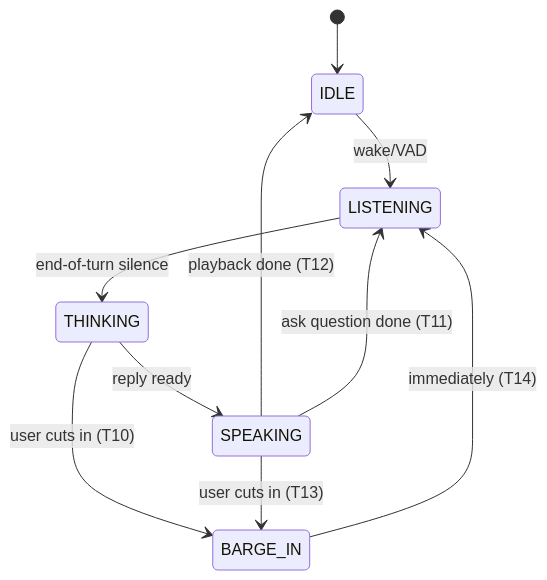
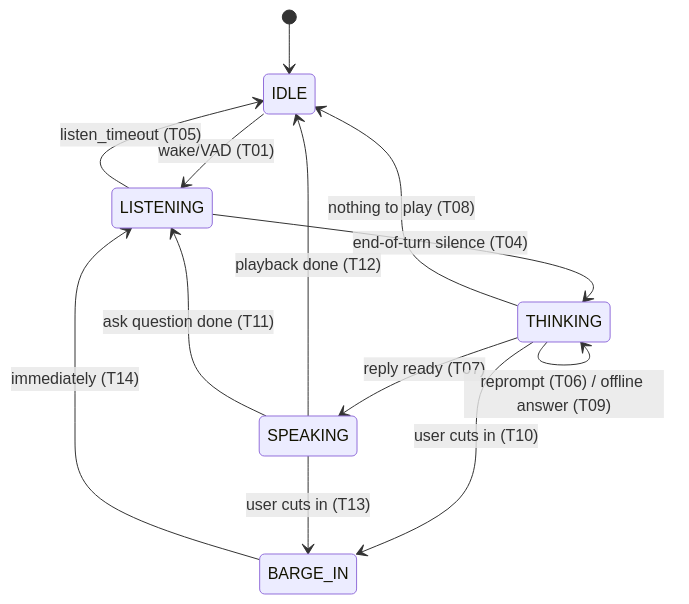
One commit to letrongminh/neuroedge-init changed the second of 2 diagrams in docs/architecture/en/06-runtime-flows.md. Above: the diagram before and after it, drawn with Mermaid. The commit also changed 11 other files, not shown here.

First line of the commit message:
docs(architecture): review pass 1 — FSM dua T01-T14, MCP la L0, chi tiet planned I9-I18

````diff
--- a/docs/architecture/en/06-runtime-flows.md
+++ b/docs/architecture/en/06-runtime-flows.md
@@ -37,12 +37,15 @@
 ```mermaid
 stateDiagram-v2
     [*] --> IDLE
-    IDLE --> LISTENING: wake/VAD
-    LISTENING --> THINKING: end-of-turn silence
-    THINKING --> SPEAKING: reply ready
+    IDLE --> LISTENING: wake/VAD (T01)
+    LISTENING --> THINKING: end-of-turn silence (T04)
+    LISTENING --> IDLE: listen_timeout (T05)
+    THINKING --> SPEAKING: reply ready (T07)
+    THINKING --> IDLE: nothing to play (T08)
+    THINKING --> THINKING: reprompt (T06) / offline answer (T09)
     THINKING --> BARGE_IN: user cuts in (T10)
     SPEAKING --> BARGE_IN: user cuts in (T13)
     BARGE_IN --> LISTENING: immediately (T14)
     SPEAKING --> IDLE: playback done (T12)
     SPEAKING --> LISTENING: ask question done (T11)
 ```
````
